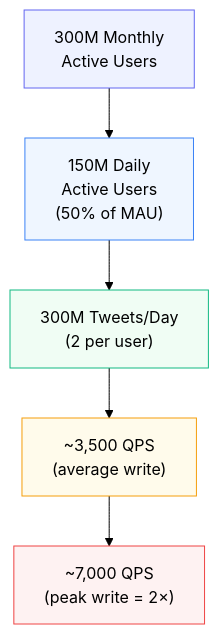
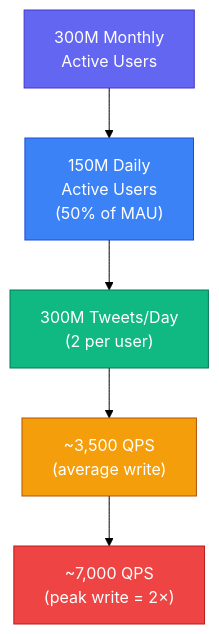
One commit to devops-monk/system-design-blog changed the fifth of 10 diagrams in content/posts/2026/back-of-the-envelope-estimation.md. Above: the diagram before and after it, drawn with Mermaid (forest theme). The commit also changed other lines of this file and 5 other files, not shown here.

````diff
--- a/content/posts/2026/back-of-the-envelope-estimation.md
+++ b/content/posts/2026/back-of-the-envelope-estimation.md
@@ -320,16 +359,16 @@
 ```mermaid
 flowchart TD
     MAU["300M Monthly\nActive Users"]
     DAU["150M Daily\nActive Users\n(50% of MAU)"]
     TPD["300M Tweets/Day\n(2 per user)"]
     AQPS["~3,500 QPS\n(average write)"]
     PQPS["~7,000 QPS\n(peak write = 2×)"]
 
     MAU --> DAU --> TPD --> AQPS --> PQPS
 
-    style MAU fill:#EEF2FF,stroke:#6366F1
-    style DAU fill:#EFF6FF,stroke:#3B82F6
-    style TPD fill:#F0FDF4,stroke:#10B981
-    style AQPS fill:#FFFBEB,stroke:#F59E0B
-    style PQPS fill:#FEF2F2,stroke:#EF4444
+    style MAU fill:#6366F1,stroke:#4338CA,color:#fff
+    style DAU fill:#3B82F6,stroke:#1D4ED8,color:#fff
+    style TPD fill:#10B981,stroke:#047857,color:#fff
+    style AQPS fill:#F59E0B,stroke:#B45309,color:#fff
+    style PQPS fill:#EF4444,stroke:#B91C1C,color:#fff
 ```
````
